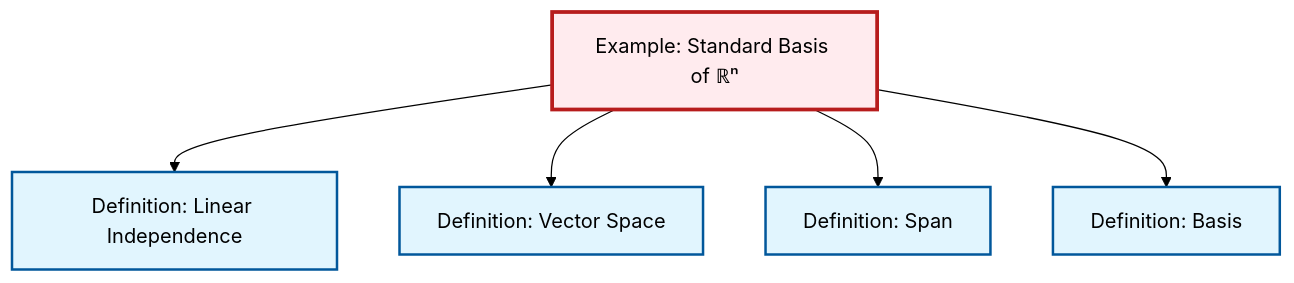
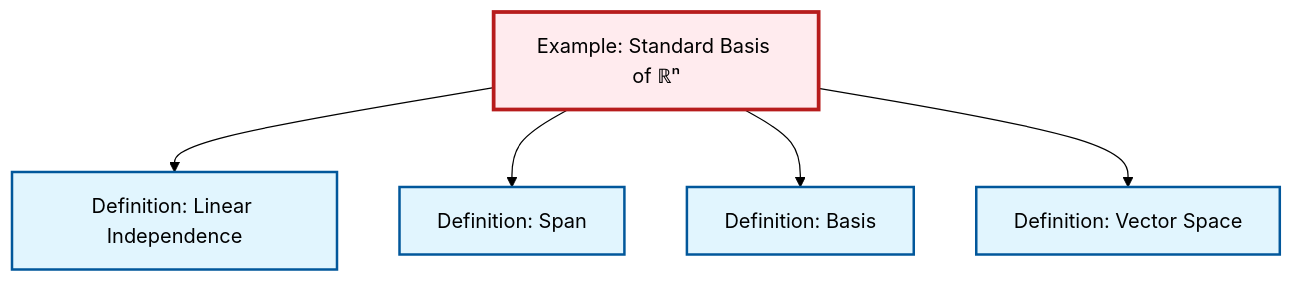
One commit to RK0429/ModernMath changed the diagram in content/en/algebra/ex-standard-basis-rn.qmd. Above: the diagram before and after it, drawn with Mermaid (forest theme). The commit also changed other lines of this file and 672 other files, not shown here.

````diff
--- a/content/en/algebra/ex-standard-basis-rn.qmd
+++ b/content/en/algebra/ex-standard-basis-rn.qmd
@@ -62,23 +62,23 @@
 ```{mermaid}
 %%| fig-cap: "Local dependency graph"
 graph TD
     classDef definition fill:#e1f5fe,stroke:#01579b,stroke-width:2px
     classDef theorem fill:#f3e5f5,stroke:#4a148c,stroke-width:2px
     classDef axiom fill:#fff3e0,stroke:#e65100,stroke-width:2px
     classDef example fill:#e8f5e9,stroke:#1b5e20,stroke-width:2px
     classDef current fill:#ffebee,stroke:#b71c1c,stroke-width:3px
+    def-span["Definition: Span"]:::definition
+    def-linear-independence["Definition: Linear Independence"]:::definition
+    ex-standard-basis-rn["Example: Standard Basis of ℝⁿ"]:::example
     def-vector-space["Definition: Vector Space"]:::definition
-    def-linear-independence["Definition: Linear Independence"]:::definition
-    def-span["Definition: Span"]:::definition
     def-basis["Definition: Basis"]:::definition
-    ex-standard-basis-rn["Example: Standard Basis of ℝⁿ"]:::example
     ex-standard-basis-rn --> def-linear-independence
-    ex-standard-basis-rn --> def-vector-space
     ex-standard-basis-rn --> def-span
     ex-standard-basis-rn --> def-basis
+    ex-standard-basis-rn --> def-vector-space
     class ex-standard-basis-rn current
+    click def-span "def-span.html" "Go to Span definition"
+    click def-linear-independence "def-linear-independence.html" "Go to Linear Independence definition"
     click def-vector-space "def-vector-space.html" "Go to Vector Space definition"
-    click def-linear-independence "def-linear-independence.html" "Go to Linear Independence definition"
-    click def-span "def-span.html" "Go to Span definition"
     click def-basis "def-basis.html" "Go to Basis definition"
 ```
````
